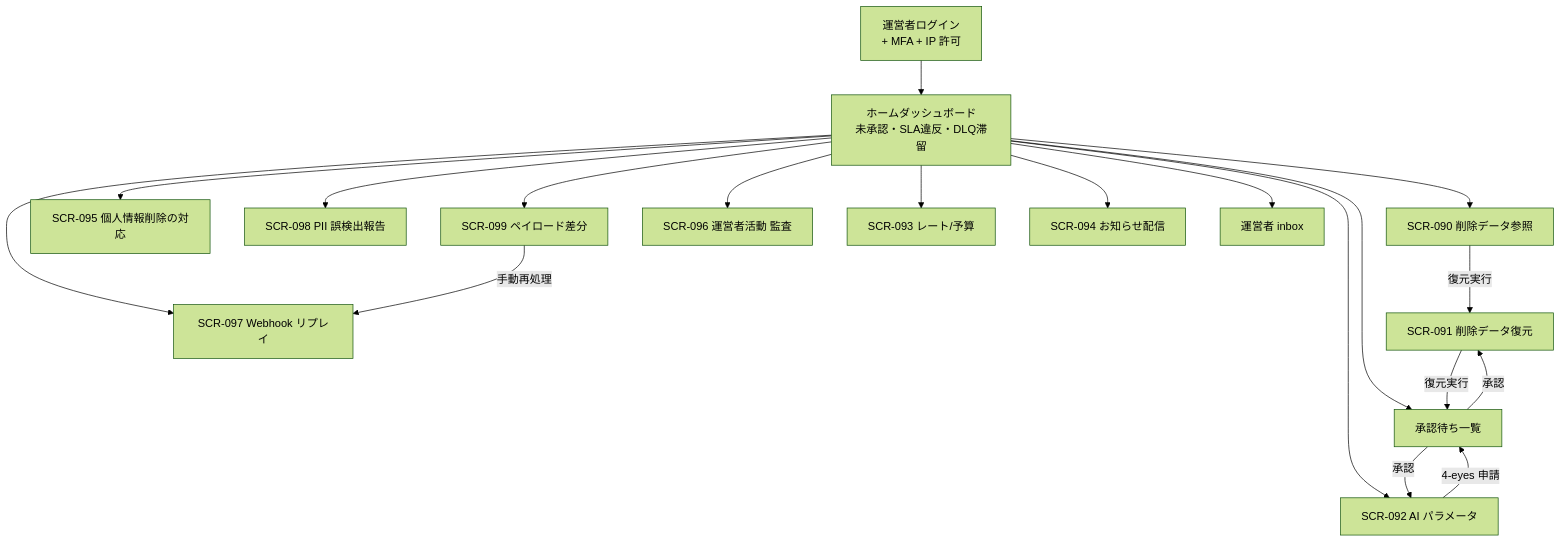
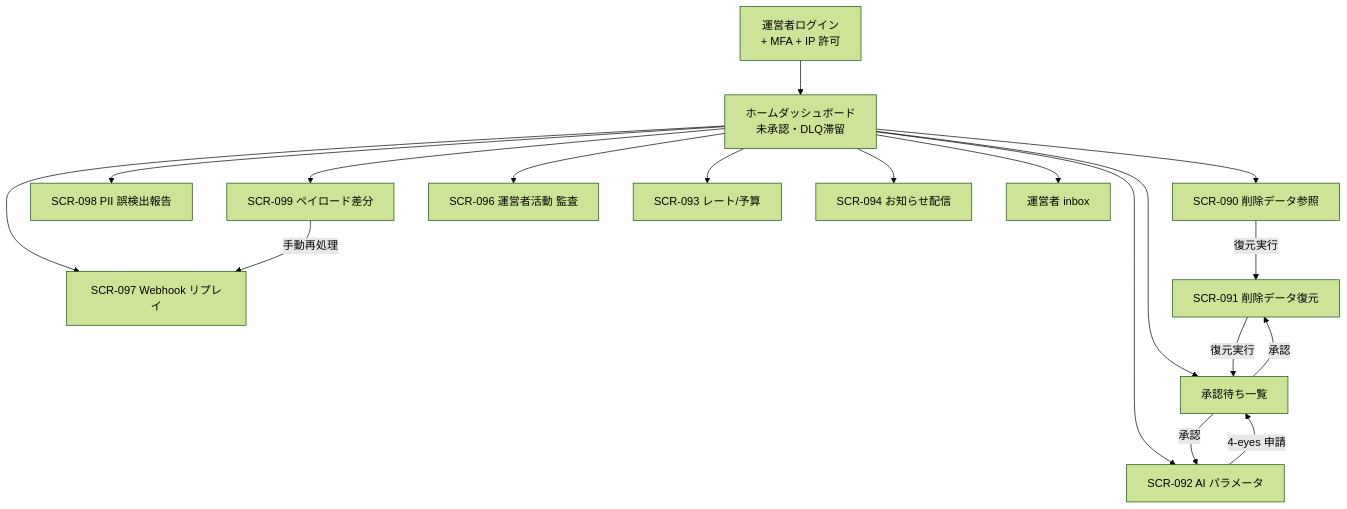
One commit to sikakou54/open-faq changed the eighth of 23 diagrams in 02_admin/03_detailed_design.md. Above: the diagram before and after it, drawn with Mermaid (forest theme). The commit also changed other lines of this file and 18 other files, not shown here.

````diff
--- a/02_admin/03_detailed_design.md
+++ b/02_admin/03_detailed_design.md
@@ -1374,21 +1282,20 @@
 ```mermaid
 flowchart TD
-    Login[運営者ログイン<br/>+ MFA + IP 許可] --> Home[ホームダッシュボード<br/>未承認・SLA違反・DLQ滞留]
+    Login[運営者ログイン<br/>+ MFA + IP 許可] --> Home[ホームダッシュボード<br/>未承認・DLQ滞留]
     Home --> SCR090[SCR-090 削除データ参照]
-    Home --> SCR095[SCR-095 個人情報削除の対応]
     Home --> SCR097[SCR-097 Webhook リプレイ]
     Home --> SCR098[SCR-098 PII 誤検出報告]
     Home --> SCR099[SCR-099 ペイロード差分]
     Home --> SCR096[SCR-096 運営者活動 監査]
     Home --> SCR092[SCR-092 AI パラメータ]
     Home --> SCR093[SCR-093 レート/予算]
     Home --> SCR094[SCR-094 お知らせ配信]
     Home --> ApprovalsList[承認待ち一覧]
     Home --> InboxList[運営者 inbox]
     SCR090 -->|復元実行| SCR091[SCR-091 削除データ復元]
     SCR099 -->|手動再処理| SCR097
     SCR092 -->|4-eyes 申請| ApprovalsList
     SCR091 -->|復元実行| ApprovalsList
     ApprovalsList -->|承認| SCR092
     ApprovalsList -->|承認| SCR091
 ```
````
